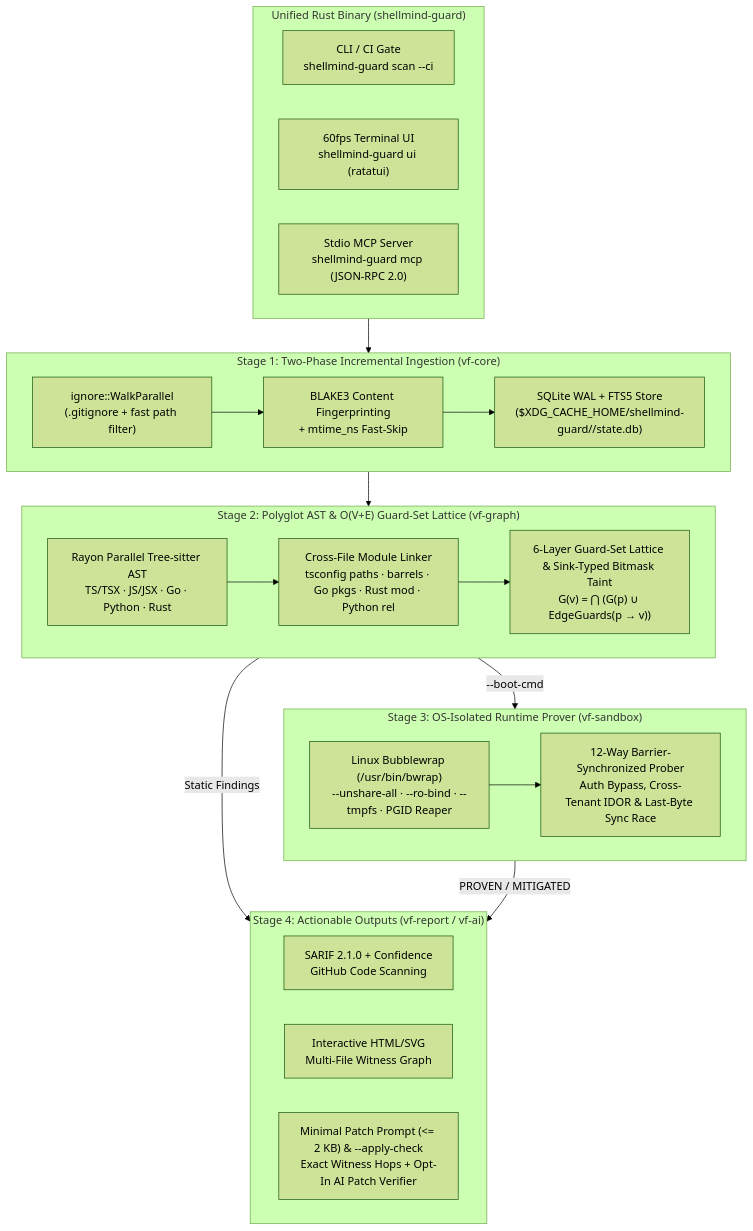
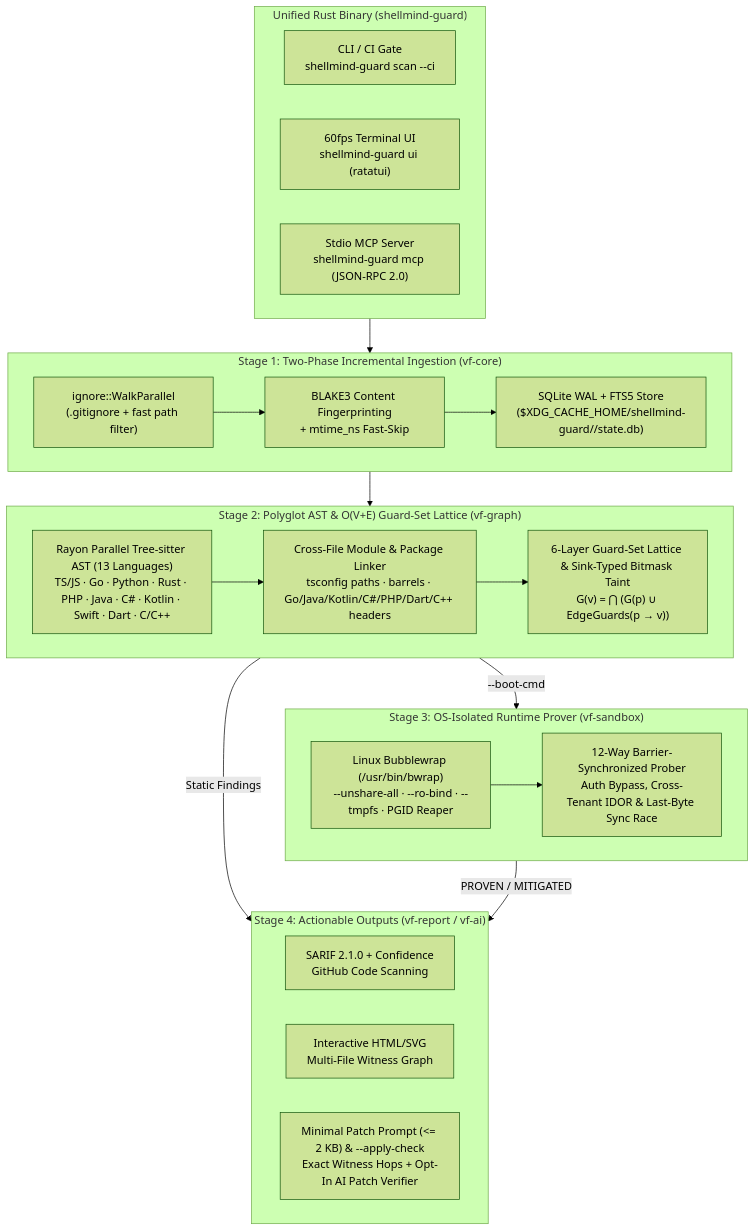
One commit to qira-dev/ShellMind-Guard changed the diagram in README.md. Above: the diagram before and after it, drawn with Mermaid (forest theme). The commit also changed other lines of this file and 18 other files, not shown here.

````diff
--- a/README.md
+++ b/README.md
@@ -43,39 +43,39 @@
 ```mermaid
 flowchart TD
     subgraph CLI["Unified Rust Binary (shellmind-guard)"]
         A1["CLI / CI Gate\nshellmind-guard scan --ci"]
         A2["60fps Terminal UI\nshellmind-guard ui (ratatui)"]
         A3["Stdio MCP Server\nshellmind-guard mcp (JSON-RPC 2.0)"]
     end
 
     subgraph S1["Stage 1: Two-Phase Incremental Ingestion (vf-core)"]
         B1["ignore::WalkParallel\n(.gitignore + fast path filter)"]
         B2["BLAKE3 Content Fingerprinting\n+ mtime_ns Fast-Skip"]
         B3["SQLite WAL + FTS5 Store\n($XDG_CACHE_HOME/shellmind-guard/<hash>/state.db)"]
         B1 --> B2 --> B3
     end
 
     subgraph S2["Stage 2: Polyglot AST & O(V+E) Guard-Set Lattice (vf-graph)"]
-        C1["Rayon Parallel Tree-sitter AST\nTS/TSX · JS/JSX · Go · Python · Rust"]
-        C2["Cross-File Module Linker\ntsconfig paths · barrels · Go pkgs · Rust mod · Python rel"]
+        C1["Rayon Parallel Tree-sitter AST (13 Languages)\nTS/JS · Go · Python · Rust · PHP · Java · C# · Kotlin · Swift · Dart · C/C++"]
+        C2["Cross-File Module & Package Linker\ntsconfig paths · barrels · Go/Java/Kotlin/C#/PHP/Dart/C++ headers"]
         C3["6-Layer Guard-Set Lattice & Sink-Typed Bitmask Taint\nG(v) = ⋂ (G(p) ∪ EdgeGuards(p → v))"]
         C1 --> C2 --> C3
     end
 
     subgraph S3["Stage 3: OS-Isolated Runtime Prover (vf-sandbox)"]
         D1["Linux Bubblewrap (/usr/bin/bwrap)\n--unshare-all · --ro-bind · --tmpfs · PGID Reaper"]
         D2["12-Way Barrier-Synchronized Prober\nAuth Bypass, Cross-Tenant IDOR & Last-Byte Sync Race"]
         D1 --> D2
     end
 
     subgraph S4["Stage 4: Actionable Outputs (vf-report / vf-ai)"]
         E1["SARIF 2.1.0 + Confidence\nGitHub Code Scanning"]
         E2["Interactive HTML/SVG\nMulti-File Witness Graph"]
         E3["Minimal Patch Prompt (<= 2 KB) & --apply-check\nExact Witness Hops + Opt-In AI Patch Verifier"]
     end
 
     CLI --> S1 --> S2
     S2 -->|"Static Findings"| S4
     S2 -->|"--boot-cmd"| S3
     S3 -->|"PROVEN / MITIGATED"| S4
 ```
````
